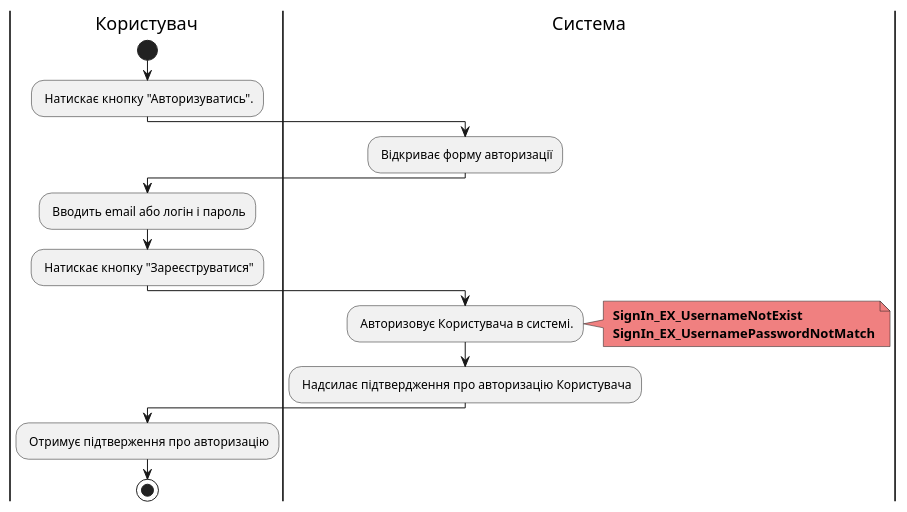
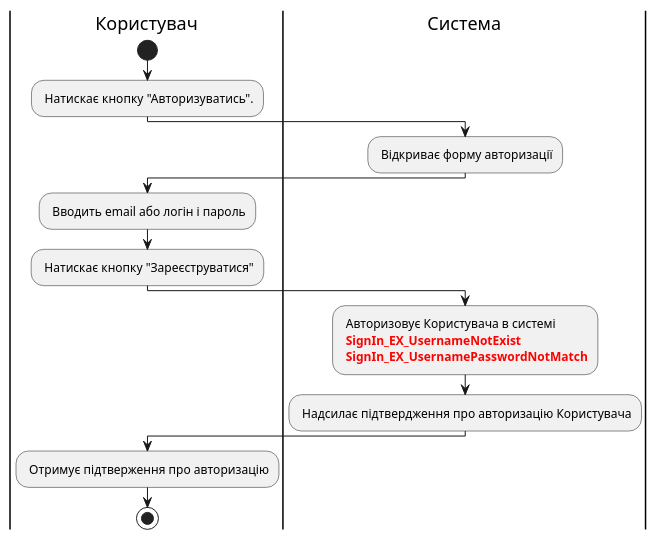
One commit to edu-db/edu_db_labs changed the sixth of 16 diagrams in docs/use cases/README.md. Above: the diagram before and after it, drawn with PlantUML. The commit also changed other lines of this file, not shown here.

Commit message:
refactor use cases with such id (SignUp, SignIn,CreateProject, DeleteProject)

```diff
--- a/docs/use cases/README.md
+++ b/docs/use cases/README.md
@@ -218,27 +216,25 @@
 @startuml
 
     |Користувач|
     start;
     : Натискає кнопку "Авторизуватись".;
 
     |Система|
-        : Відкриває форму авторизації;
+    : Відкриває форму авторизації;
 
     |Користувач|
     : Вводить email або логін і пароль;
     : Натискає кнопку "Зареєструватися";
 
     |Система|
-    : Авторизовує Користувача в системі.;
-    note right #F08080
-    <b> SignIn_EX_UsernameNotExist
-    <b> SignIn_EX_UsernamePasswordNotMatch
-    end note
-
+    : Авторизовує Користувача в системі
+    <font color="red"><b> SignIn_EX_UsernameNotExist
+    <font color="red"><b> SignIn_EX_UsernamePasswordNotMatch;
+    
     : Надсилає підтвердження про авторизацію Користувача;
 
     |Користувач|
     : Отримує підтверження про авторизацію;
     stop;
 
 @enduml
```
